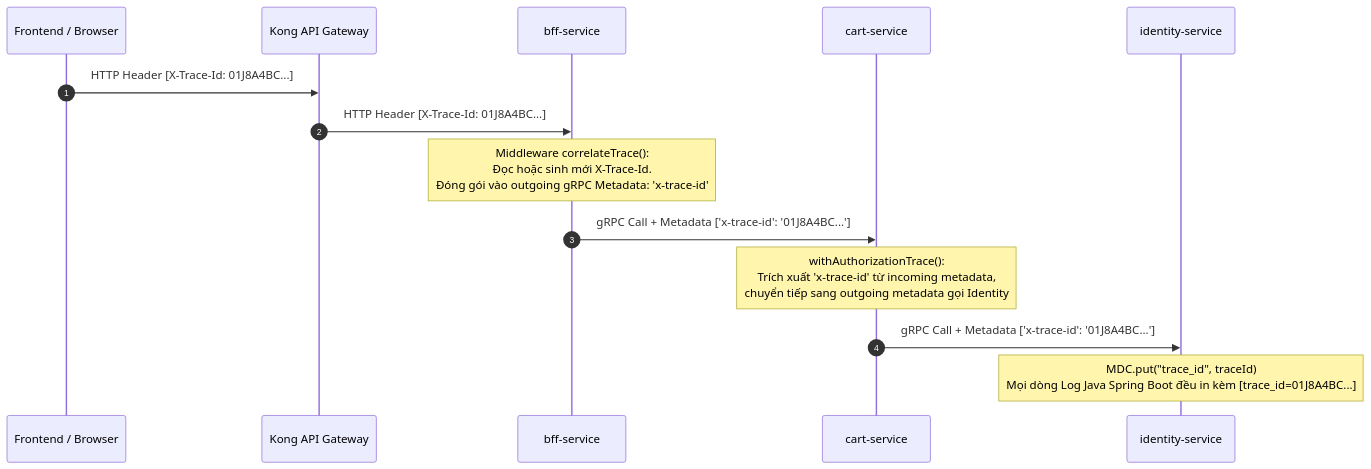
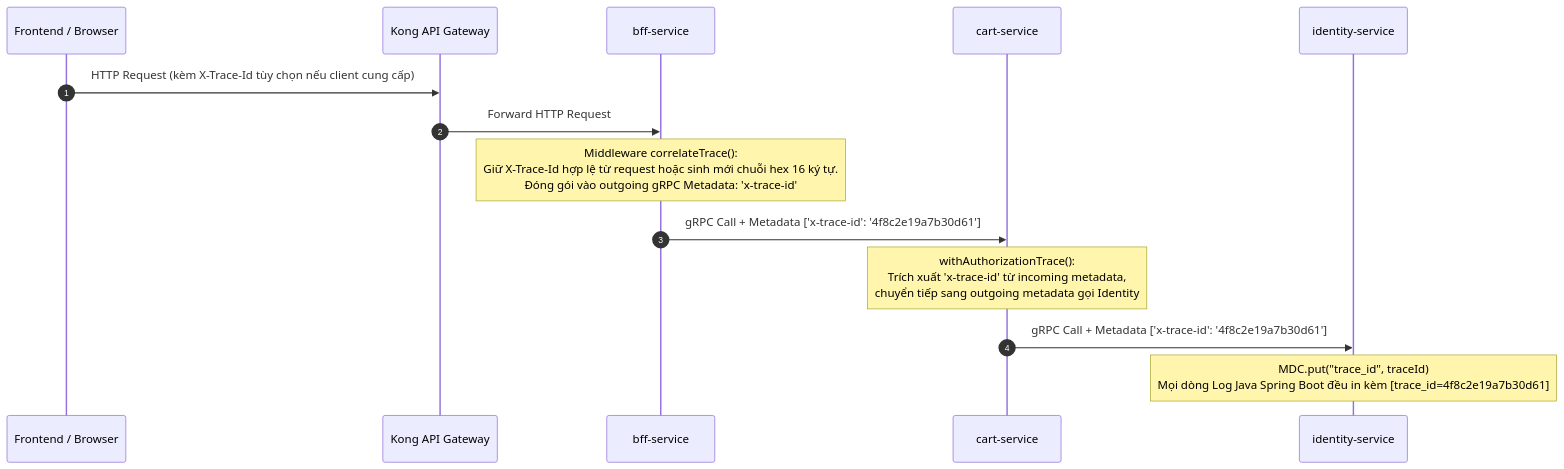
The third of 3 diagrams in docs/architecture-evaluation/03-giao-thuc-hop-dong-va-hybrid-routing.md (tuoitho/dreamshop), drawn with Mermaid before and after one commit. The commit also changed other lines of this file and 40 other files, not shown here.

````diff
--- a/docs/architecture-evaluation/03-giao-thuc-hop-dong-va-hybrid-routing.md
+++ b/docs/architecture-evaluation/03-giao-thuc-hop-dong-va-hybrid-routing.md
@@ -177,17 +181,17 @@
 ```mermaid
 sequenceDiagram
     autonumber
     participant Fe as Frontend / Browser
     participant Kong as Kong API Gateway
     participant BFF as bff-service
     participant Cart as cart-service
     participant IdP as identity-service
 
-    Fe->>Kong: HTTP Header [X-Trace-Id: 01J8A4BC...]
-    Kong->>BFF: HTTP Header [X-Trace-Id: 01J8A4BC...]
-    Note over BFF: Middleware correlateTrace():<br/>Đọc hoặc sinh mới X-Trace-Id.<br/>Đóng gói vào outgoing gRPC Metadata: 'x-trace-id'
-    BFF->>Cart: gRPC Call + Metadata ['x-trace-id': '01J8A4BC...']
+    Fe->>Kong: HTTP Request (kèm X-Trace-Id tùy chọn nếu client cung cấp)
+    Kong->>BFF: Forward HTTP Request
+    Note over BFF: Middleware correlateTrace():<br/>Giữ X-Trace-Id hợp lệ từ request hoặc sinh mới chuỗi hex 16 ký tự.<br/>Đóng gói vào outgoing gRPC Metadata: 'x-trace-id'
+    BFF->>Cart: gRPC Call + Metadata ['x-trace-id': '4f8c2e19a7b30d61']
     Note over Cart: withAuthorizationTrace():<br/>Trích xuất 'x-trace-id' từ incoming metadata,<br/>chuyển tiếp sang outgoing metadata gọi Identity
-    Cart->>IdP: gRPC Call + Metadata ['x-trace-id': '01J8A4BC...']
-    Note over IdP: MDC.put("trace_id", traceId)<br/>Mọi dòng Log Java Spring Boot đều in kèm [trace_id=01J8A4BC...]
+    Cart->>IdP: gRPC Call + Metadata ['x-trace-id': '4f8c2e19a7b30d61']
+    Note over IdP: MDC.put("trace_id", traceId)<br/>Mọi dòng Log Java Spring Boot đều in kèm [trace_id=4f8c2e19a7b30d61]
 ```
````
